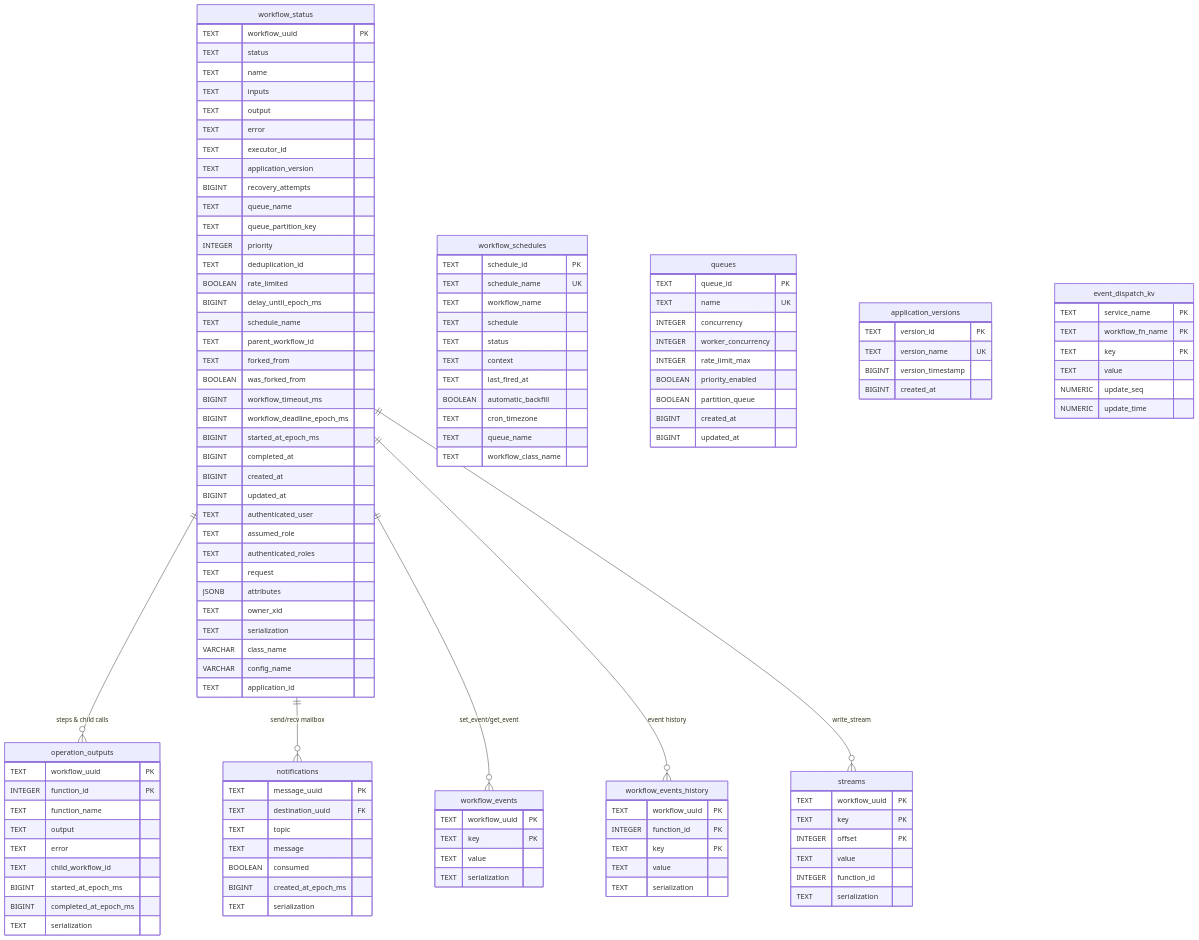
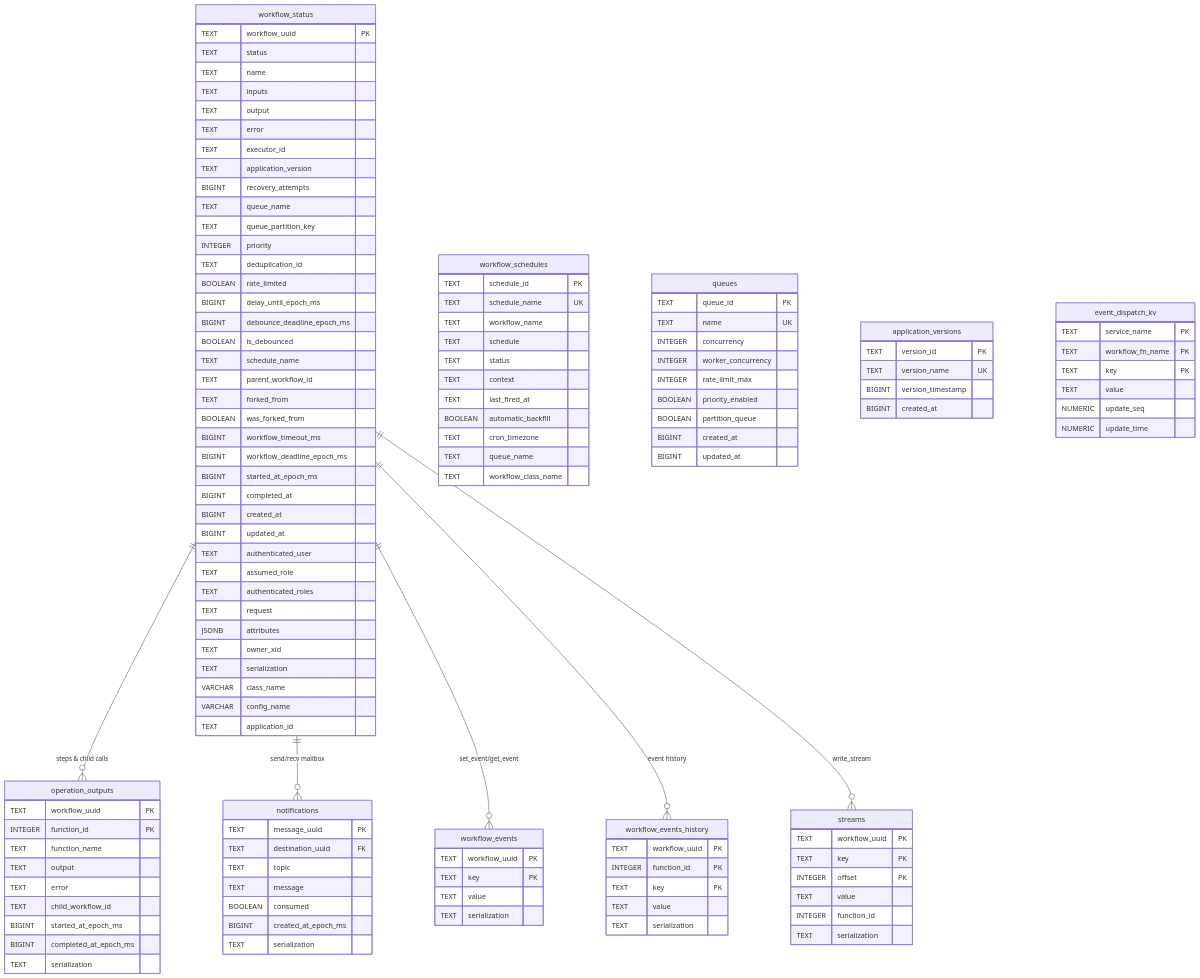
The diagram in docs/schema.md (SamuelXing/durare), drawn with Mermaid before and after one commit. The commit also changed other lines of this file and 10 other files, not shown here.

First line of the commit message:
feat(schema): add the debounce columns and release a debounce key on promotion (#265)

```diff
--- a/docs/schema.md
+++ b/docs/schema.md
@@ -59,6 +59,8 @@
         TEXT    deduplication_id
         BOOLEAN rate_limited
         BIGINT  delay_until_epoch_ms
+        BIGINT  debounce_deadline_epoch_ms
+        BOOLEAN is_debounced
         TEXT    schedule_name
         TEXT    parent_workflow_id
         TEXT    forked_from
```
